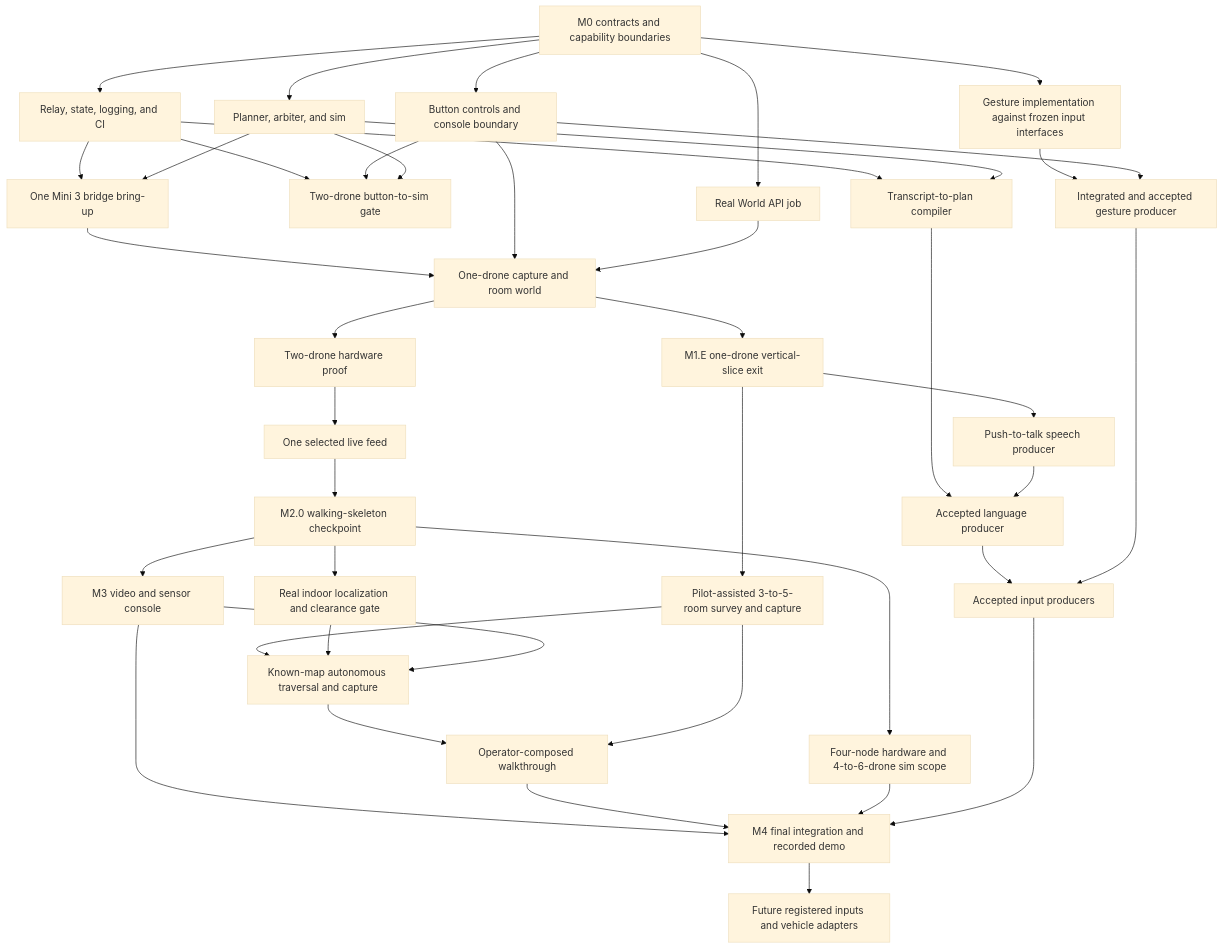
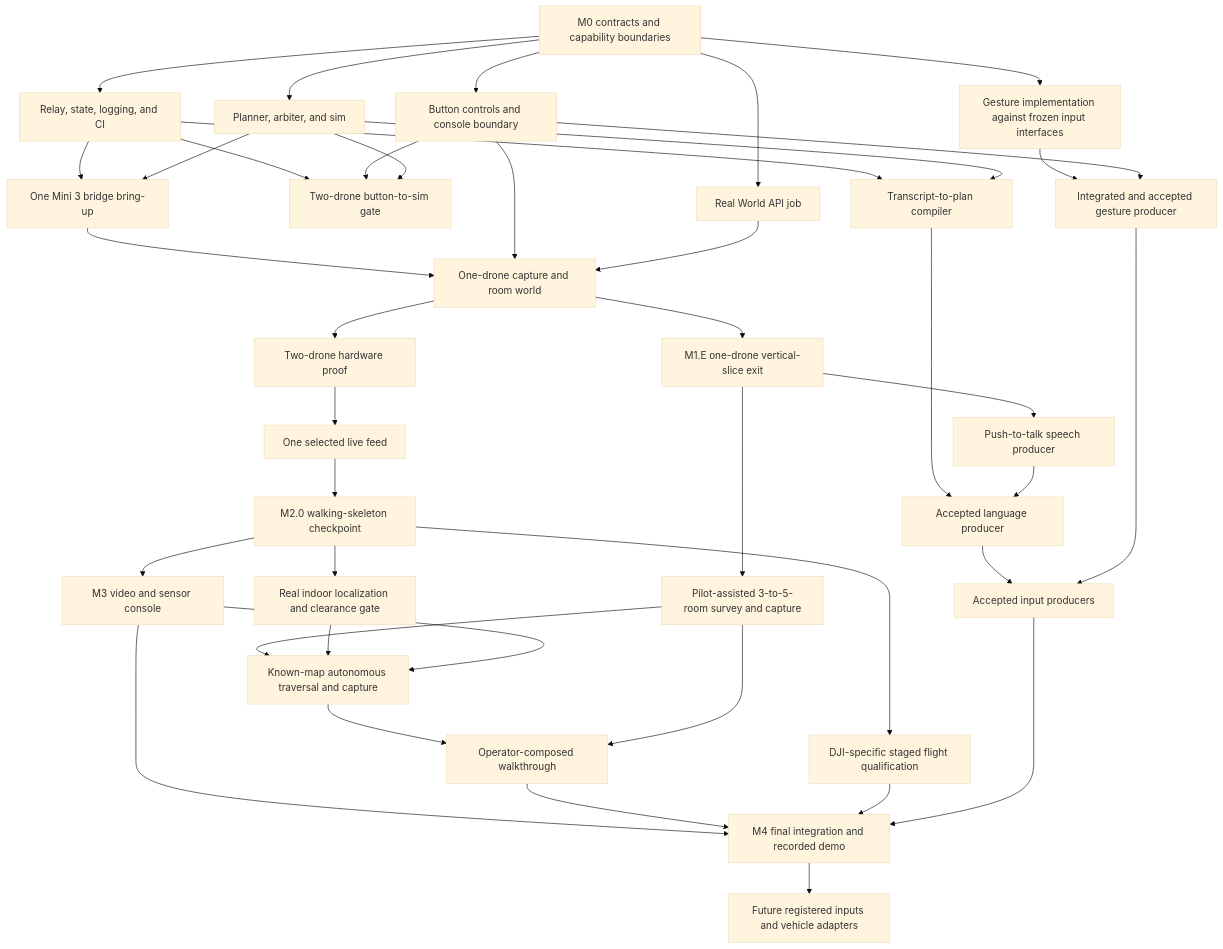
Before and after one commit to worldofhacks/sweep: the diagram in docs/mvp-plan.md, drawn with Mermaid (base theme). The commit also changed other lines of this file and 89 other files, not shown here.

````diff
--- a/docs/mvp-plan.md
+++ b/docs/mvp-plan.md
@@ -13,43 +25,43 @@
 ```mermaid
 flowchart TD
     m0[M0 contracts and capability boundaries] --> relay[Relay, state, logging, and CI]
     m0 --> worldapi[Real World API job]
     m0 --> controls[Button controls and console boundary]
     m0 --> autonomy[Planner, arbiter, and sim]
     relay --> simgate[Two-drone button-to-sim gate]
     controls --> simgate
     autonomy --> simgate
     relay --> bridge[One Mini 3 bridge bring-up]
     autonomy --> bridge
     bridge --> hw1[One-drone capture and room world]
     controls --> hw1
     worldapi --> hw1
     hw1 --> m1e[M1.E one-drone vertical-slice exit]
     m1e --> rooms[Pilot-assisted 3-to-5-room survey and capture]
     hw1 --> hw2[Two-drone hardware proof]
     hw2 --> feed[One selected live feed]
     feed --> m20[M2.0 walking-skeleton checkpoint]
     relay --> compiler[Transcript-to-plan compiler]
     autonomy --> compiler
     m1e --> speech[Push-to-talk speech producer]
     compiler --> language[Accepted language producer]
     speech --> language
     m0 --> gesturedev[Gesture implementation against frozen input interfaces]
     gesturedev --> gesture[Integrated and accepted gesture producer]
     controls --> gesture
-    m20 --> scale[Four-node hardware and 4-to-6-drone sim scope]
+    m20 --> scale[DJI-specific staged flight qualification]
     m20 --> video[M3 video and sensor console]
     m20 --> localization[Real indoor localization and clearance gate]
     rooms --> knownmap[Known-map autonomous traversal and capture]
     localization --> knownmap
     video --> knownmap
     language --> inputs[Accepted input producers]
     gesture --> inputs
     knownmap --> compose[Operator-composed walkthrough]
     rooms --> compose
     video --> release[M4 final integration and recorded demo]
     compose --> release
     scale --> release
     inputs --> release
     release --> future[Future registered inputs and vehicle adapters]
 ```
````
